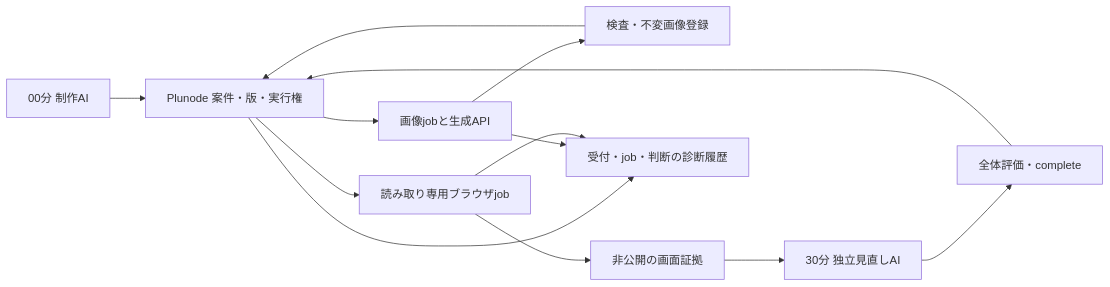
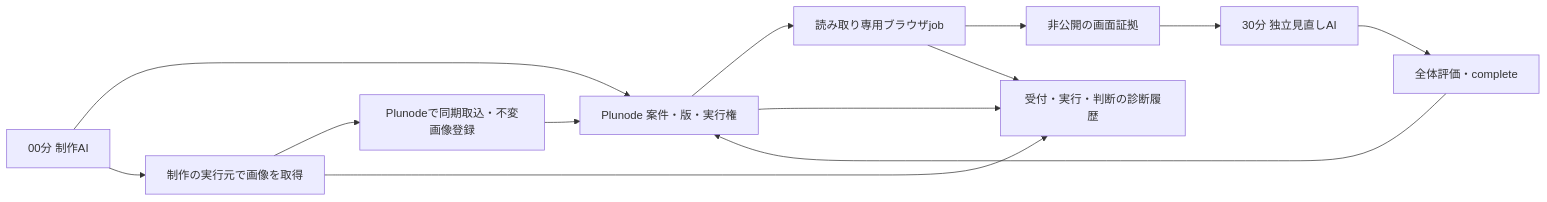
The diagram in docs/design/THEME_PRODUCTION_AUTOMATION_20261120.md (isinxnisi/graph-knowledge), drawn with Mermaid before and after one commit. The commit also changed other lines of this file and 1 other file, not shown here.

````diff
--- a/docs/design/THEME_PRODUCTION_AUTOMATION_20261120.md
+++ b/docs/design/THEME_PRODUCTION_AUTOMATION_20261120.md
@@ -9,15 +9,15 @@
 ```mermaid
 flowchart LR
   P[00分 制作AI] --> C[Plunode 案件・版・実行権]
-  C --> I[画像jobと生成API]
-  I --> A[検査・不変画像登録]
+  P --> I[制作の実行元で画像を取得]
+  I --> A[Plunodeで同期取込・不変画像登録]
   A --> C
   C --> B[読み取り専用ブラウザjob]
   B --> E[非公開の画面証拠]
   E --> R[30分 独立見直しAI]
   R --> F[全体評価・complete]
   F --> C
-  C --> L[受付・job・判断の診断履歴]
+  C --> L[受付・実行・判断の診断履歴]
   I --> L
   B --> L
 ```
````
